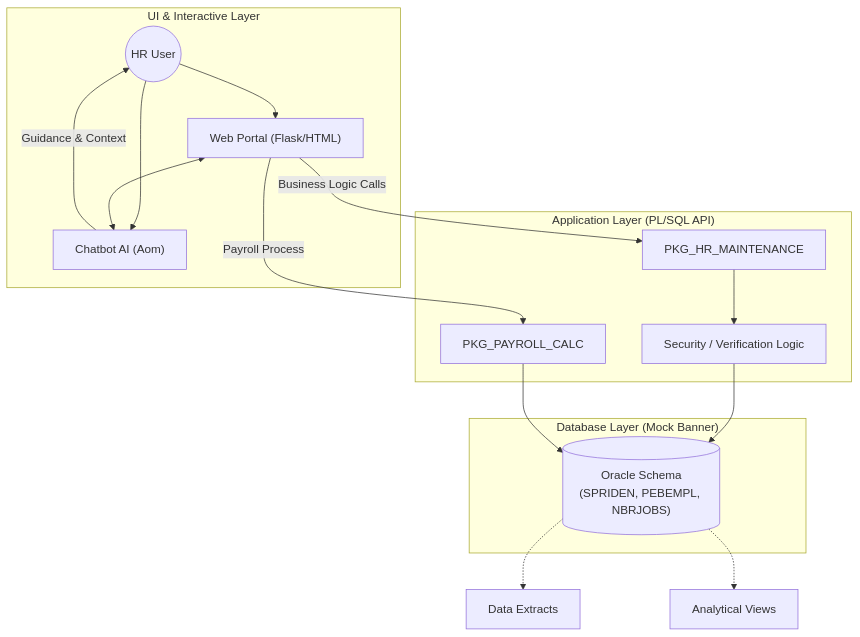
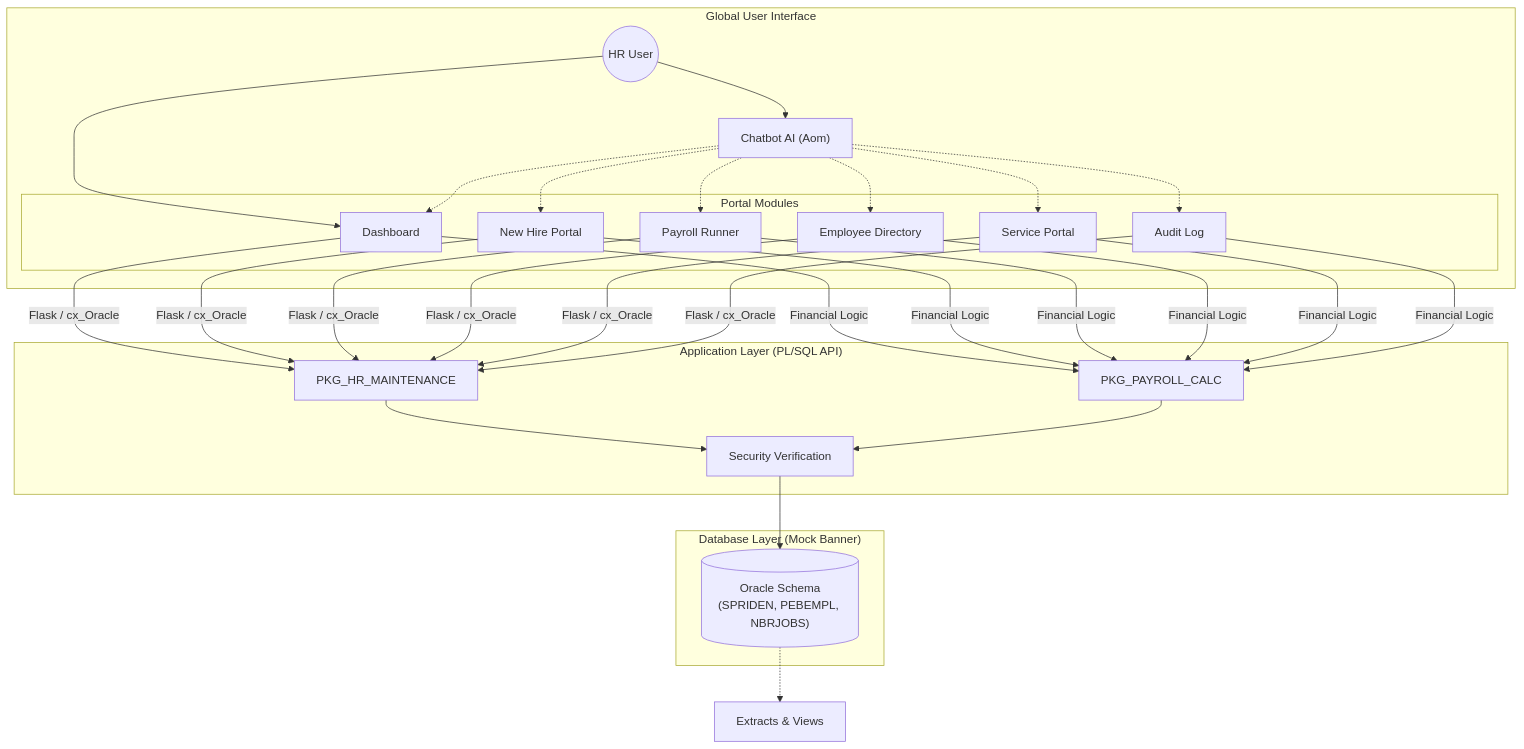
One commit to RBChavez/university-hr-payroll-demo changed the diagram in README.md. Above: the diagram before and after it, drawn with Mermaid.

Commit message:
Enhance architecture diagram to show Chatbot AI assistance across all portal modules

````diff
--- a/README.md
+++ b/README.md
@@ -8,31 +8,45 @@
 ```mermaid
 graph TD
-    subgraph "UI & Interactive Layer"
+    subgraph "Global User Interface"
         User((HR User))
         Bot["Chatbot AI (Aom)"]
-        Web["Web Portal (Flask/HTML)"]
+        
+        subgraph "Portal Modules"
+            Dash["Dashboard"]
+            Hire["New Hire Portal"]
+            Pay["Payroll Runner"]
+            Emp["Employee Directory"]
+            Svc["Service Portal"]
+            Log["Audit Log"]
+        end
     end
 
     subgraph "Application Layer (PL/SQL API)"
         HR_Pkg["PKG_HR_MAINTENANCE"]
         Payroll_Pkg["PKG_PAYROLL_CALC"]
-        Auth["Security / Verification Logic"]
+        Auth["Security Verification"]
     end
 
     subgraph "Database Layer (Mock Banner)"
         Schema[("Oracle Schema\n(SPRIDEN, PEBEMPL, NBRJOBS)")]
     end
 
-    User --> Web
+    User --> Dash
     User --> Bot
-    Web <--> Bot
-    Bot -- "Guidance & Context" --> User
-    Web -- "Business Logic Calls" --> HR_Pkg
-    Web -- "Payroll Process" --> Payroll_Pkg
-    HR_Pkg --> Auth
+    
+    %% Bot Integration showing assistance across all pages
+    Bot -.-> Dash
+    Bot -.-> Hire
+    Bot -.-> Pay
+    Bot -.-> Emp
+    Bot -.-> Svc
+    Bot -.-> Log
+
+    Dash & Hire & Pay & Emp & Svc & Log -- "Flask / cx_Oracle" --> HR_Pkg
+    Dash & Hire & Pay & Emp & Svc & Log -- "Financial Logic" --> Payroll_Pkg
+    
+    HR_Pkg & Payroll_Pkg --> Auth
     Auth --> Schema
-    Payroll_Pkg --> Schema
     
-    Schema -.-> Extract["Data Extracts"]
-    Schema -.-> Views["Analytical Views"]
+    Schema -.-> Data["Extracts & Views"]
 ```
````
